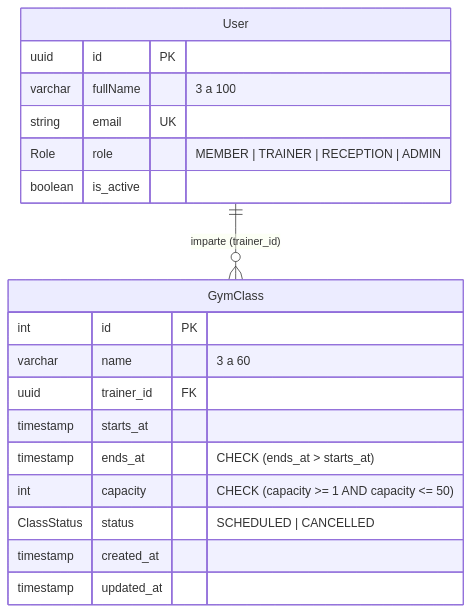
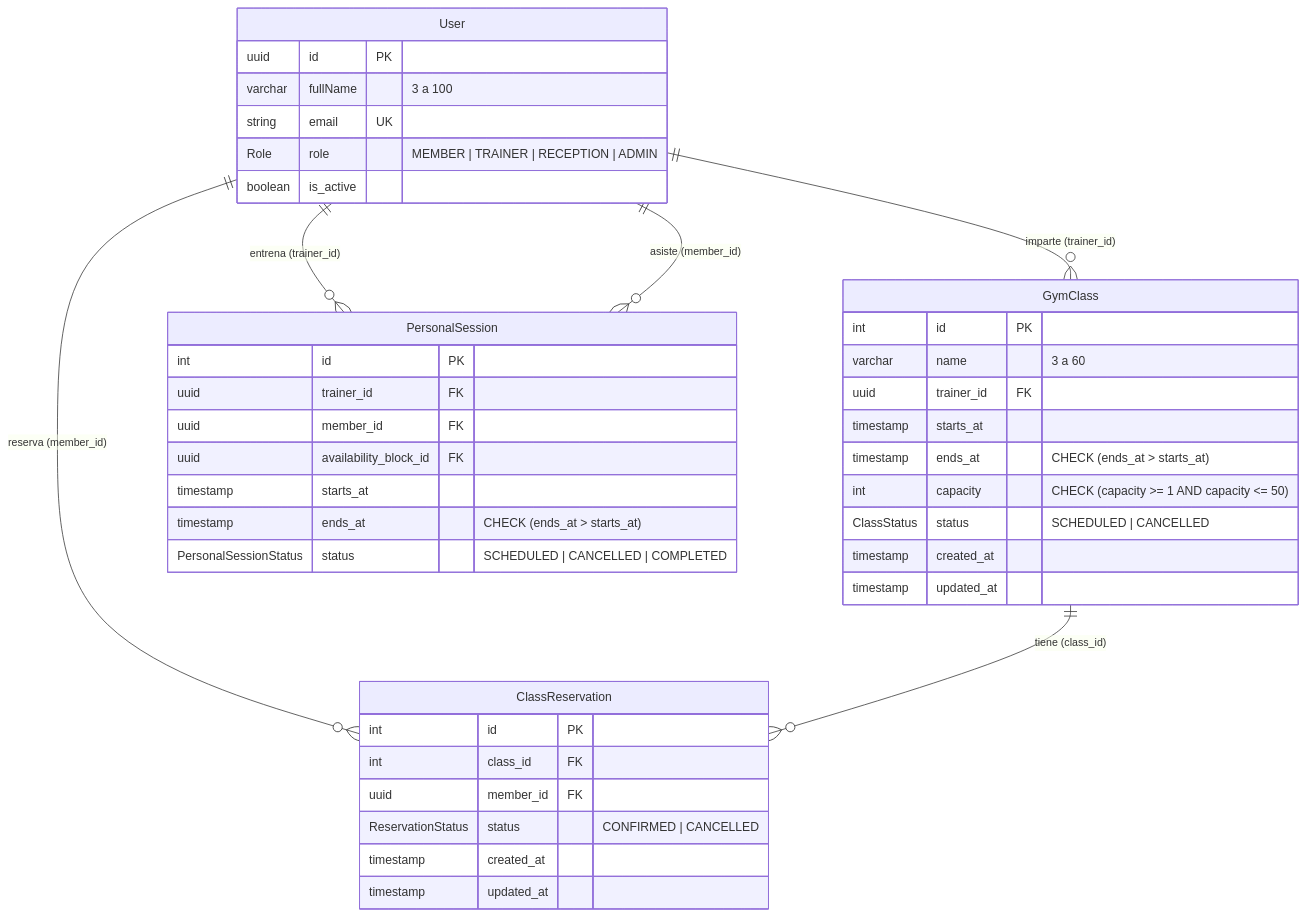
One commit to DaniloII09/gymhub changed the first of 2 diagrams in src/classes/README.md. Above: the diagram before and after it, drawn with Mermaid. The commit also changed other lines of this file, not shown here.

Commit message:
docs(SCRUM-21): actualiza diagramas y documentacion con el cierre completo de H06 en backend

````diff
--- a/src/classes/README.md
+++ b/src/classes/README.md
@@ -61,24 +41,47 @@
 ```mermaid
 erDiagram
     User ||--o{ GymClass : "imparte (trainer_id)"
+    User ||--o{ ClassReservation : "reserva (member_id)"
+    GymClass ||--o{ ClassReservation : "tiene (class_id)"
+    User ||--o{ PersonalSession : "entrena (trainer_id)"
+    User ||--o{ PersonalSession : "asiste (member_id)"
 
     User {
         uuid id PK
         varchar fullName "3 a 100"
         string email UK
         Role role "MEMBER | TRAINER | RECEPTION | ADMIN"
         boolean is_active
     }
 
     GymClass {
         int id PK
         varchar name "3 a 60"
         uuid trainer_id FK
         timestamp starts_at
         timestamp ends_at "CHECK (ends_at > starts_at)"
         int capacity "CHECK (capacity >= 1 AND capacity <= 50)"
         ClassStatus status "SCHEDULED | CANCELLED"
         timestamp created_at
         timestamp updated_at
     }
+
+    ClassReservation {
+        int id PK
+        int class_id FK
+        uuid member_id FK
+        ReservationStatus status "CONFIRMED | CANCELLED"
+        timestamp created_at
+        timestamp updated_at
+    }
+
+    PersonalSession {
+        int id PK
+        uuid trainer_id FK
+        uuid member_id FK
+        uuid availability_block_id FK
+        timestamp starts_at
+        timestamp ends_at "CHECK (ends_at > starts_at)"
+        PersonalSessionStatus status "SCHEDULED | CANCELLED | COMPLETED"
+    }
 ```
````
